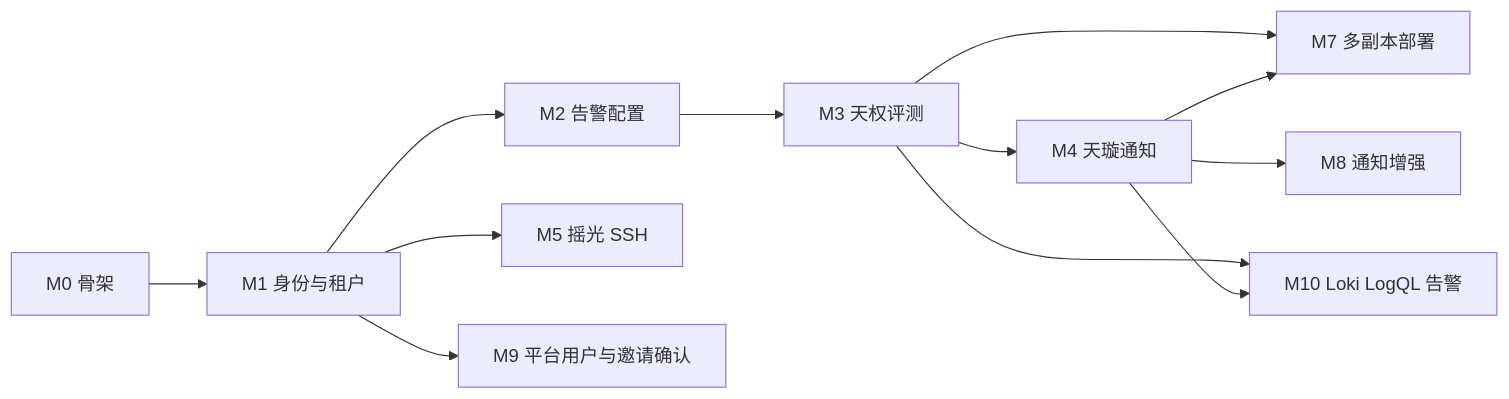
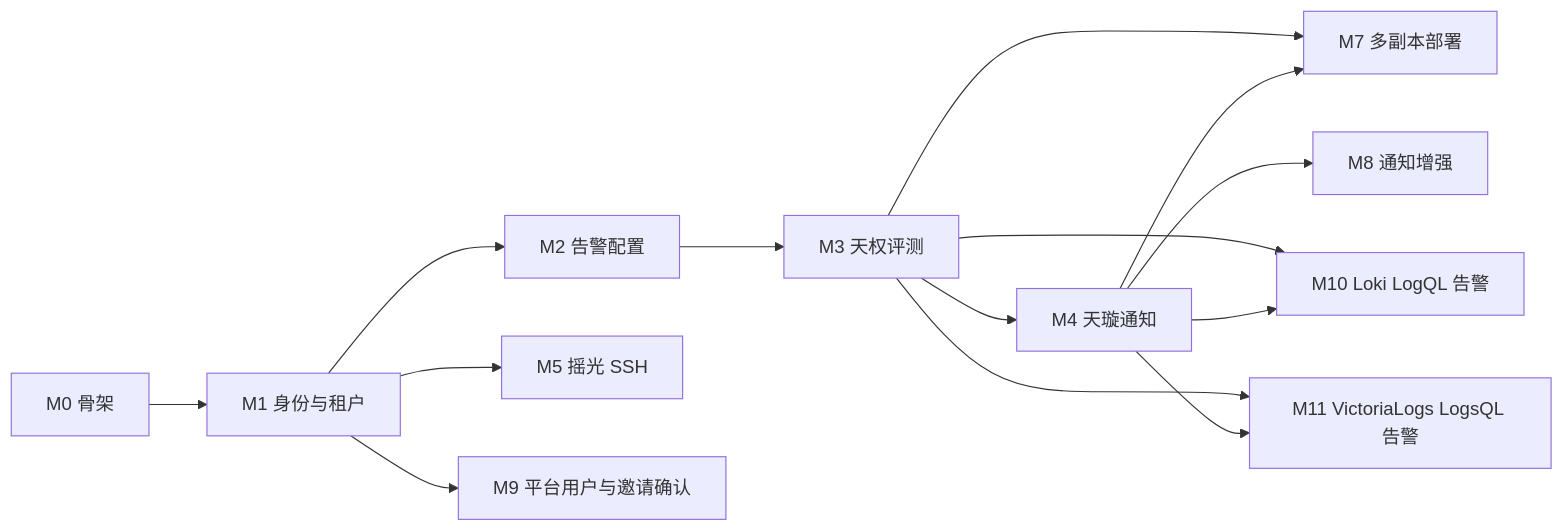
One commit to aide-family/moon changed the diagram in docs/roadmap.md. Above: the diagram before and after it, drawn with Mermaid. The commit also changed other lines of this file and 25 other files, not shown here.

````diff
--- a/docs/roadmap.md
+++ b/docs/roadmap.md
@@ -36,21 +37,24 @@
 ```mermaid
 flowchart LR
   m0[M0 骨架]
   m1[M1 身份与租户]
   m2[M2 告警配置]
   m3[M3 天权评测]
   m4[M4 天璇通知]
   m5[M5 摇光 SSH]
   m7[M7 多副本部署]
   m8[M8 通知增强]
   m9[M9 平台用户与邀请确认]
   m10[M10 Loki LogQL 告警]
+  m11[M11 VictoriaLogs LogsQL 告警]
   m0 --> m1 --> m2 --> m3 --> m4
   m1 --> m5
   m1 --> m9
   m3 --> m7
   m4 --> m7
   m4 --> m8
   m3 --> m10
   m4 --> m10
+  m3 --> m11
+  m4 --> m11
 ```
````
